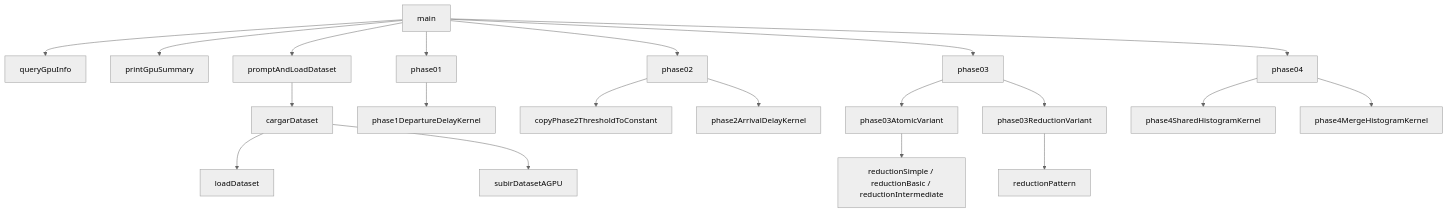
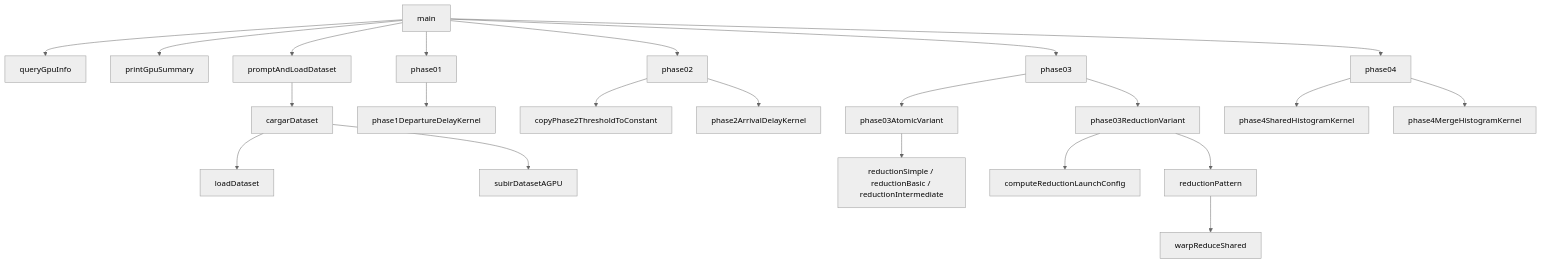
Diagram 30 of 30 in DOCUMENTACION_COMPLETA_PAP_AIR.md (aferamb/pap_air), drawn with Mermaid (neutral theme) before and after one commit. The commit also changed other lines of this file and 1 other file, not shown here.

Commit message:
Update documentation to reflect current code structure and clarify phase 04 functionality, including detailed descriptions of device variables and histogram processing.

````diff
--- a/DOCUMENTACION_COMPLETA_PAP_AIR.md
+++ b/DOCUMENTACION_COMPLETA_PAP_AIR.md
@@ -1998,22 +2377,24 @@
 ```mermaid
 flowchart TD
     A[main] --> B[queryGpuInfo]
     A --> C[printGpuSummary]
     A --> D[promptAndLoadDataset]
     D --> E[cargarDataset]
     E --> F[loadDataset]
     E --> G[subirDatasetAGPU]
     A --> H[phase01]
     A --> I[phase02]
     A --> J[phase03]
     A --> K[phase04]
     H --> L[phase1DepartureDelayKernel]
     I --> M[copyPhase2ThresholdToConstant]
     I --> N[phase2ArrivalDelayKernel]
     J --> O[phase03AtomicVariant]
     J --> P[phase03ReductionVariant]
     O --> Q[reductionSimple / reductionBasic / reductionIntermediate]
-    P --> R[reductionPattern]
-    K --> S[phase4SharedHistogramKernel]
-    K --> T[phase4MergeHistogramKernel]
+    P --> R[computeReductionLaunchConfig]
+    P --> S[reductionPattern]
+    S --> T[warpReduceShared]
+    K --> U[phase4SharedHistogramKernel]
+    K --> V[phase4MergeHistogramKernel]
 ```
````
